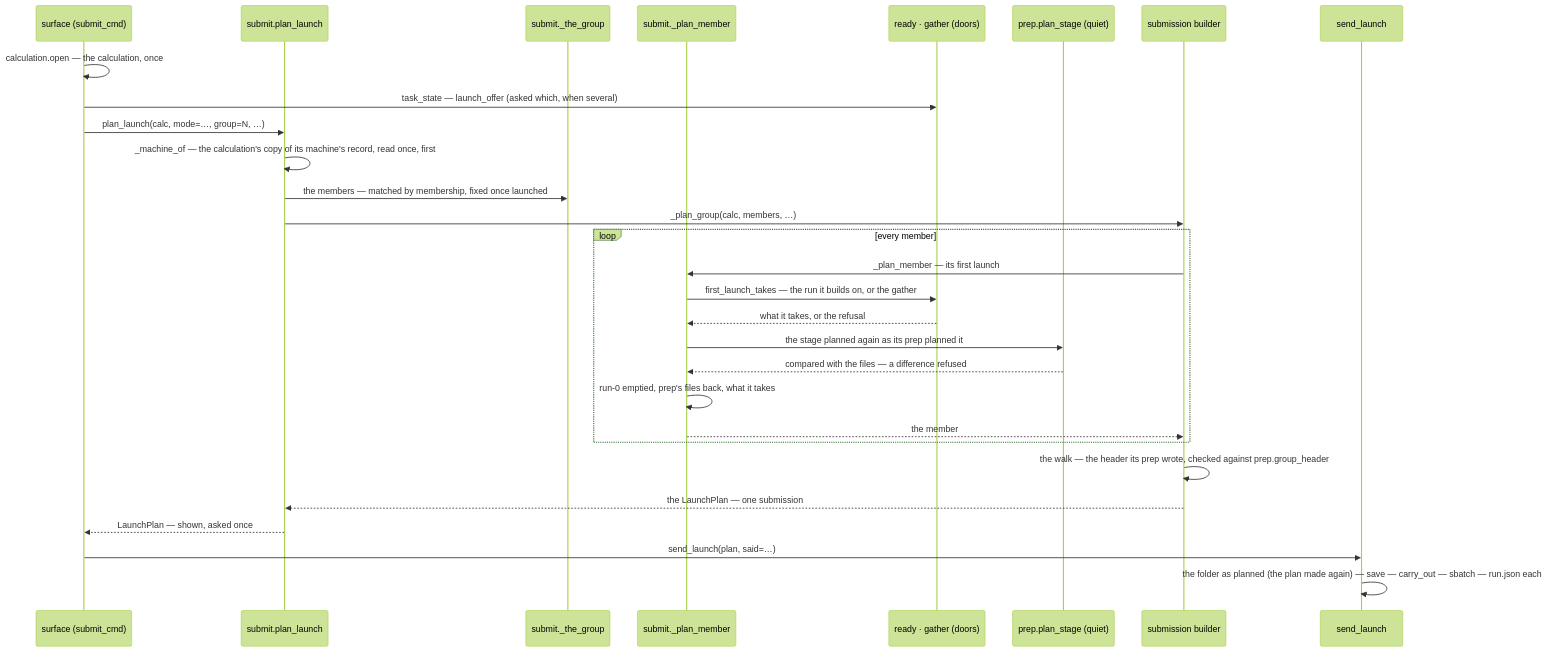
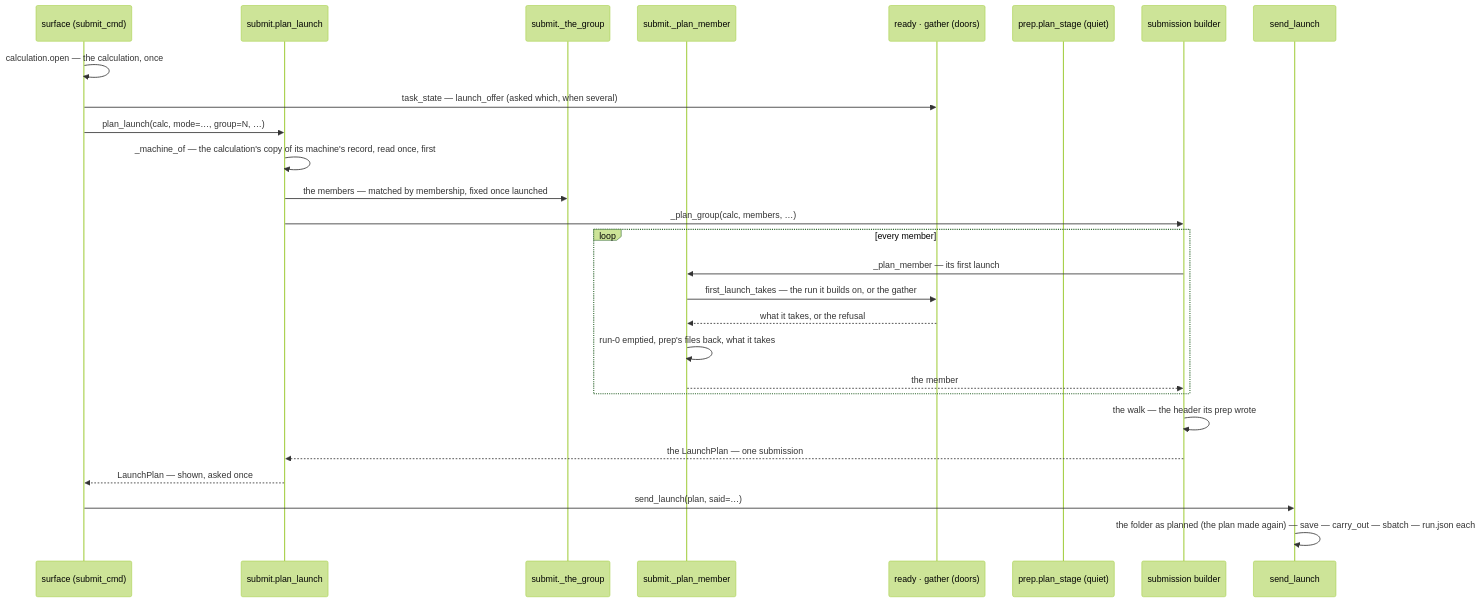
Diagram 19 of 19 in docs/execution/job-system.md (Qing-LAB/molbuilder), drawn with Mermaid (forest theme) before and after one commit. The commit also changed other lines of this file and 55 other files, not shown here.

First line of the commit message:
2.41.0: what each stage was prepared with is recorded, and a change since is said -- never compared at launch; the 2.40 review's fifteen decisions

````diff
--- a/docs/execution/job-system.md
+++ b/docs/execution/job-system.md
@@ -3414,31 +3445,29 @@
 ```mermaid
 sequenceDiagram
     participant S as surface (submit_cmd)
     participant E as submit.plan_launch
     participant W as submit._the_group
     participant M as submit._plan_member
     participant R as ready · gather (doors)
     participant P as prep.plan_stage (quiet)
     participant B as submission builder
     participant X as send_launch
     S->>S: calculation.open — the calculation, once
     S->>R: task_state — launch_offer (asked which, when several)
     S->>E: plan_launch(calc, mode=…, group=N, …)
     E->>E: _machine_of — the calculation's copy of its machine's record, read once, first
     E->>W: the members — matched by membership, fixed once launched
     E->>B: _plan_group(calc, members, …)
     loop every member
         B->>M: _plan_member — its first launch
         M->>R: first_launch_takes — the run it builds on, or the gather
         R-->>M: what it takes, or the refusal
-        M->>P: the stage planned again as its prep planned it
-        P-->>M: compared with the files — a difference refused
         M->>M: run-0 emptied, prep's files back, what it takes
         M-->>B: the member
     end
-    B->>B: the walk — the header its prep wrote, checked against prep.group_header
+    B->>B: the walk — the header its prep wrote
     B-->>E: the LaunchPlan — one submission
     E-->>S: LaunchPlan — shown, asked once
     S->>X: send_launch(plan, said=…)
     X->>X: the folder as planned (the plan made again) — save — carry_out — sbatch — run.json each
 ```
````
